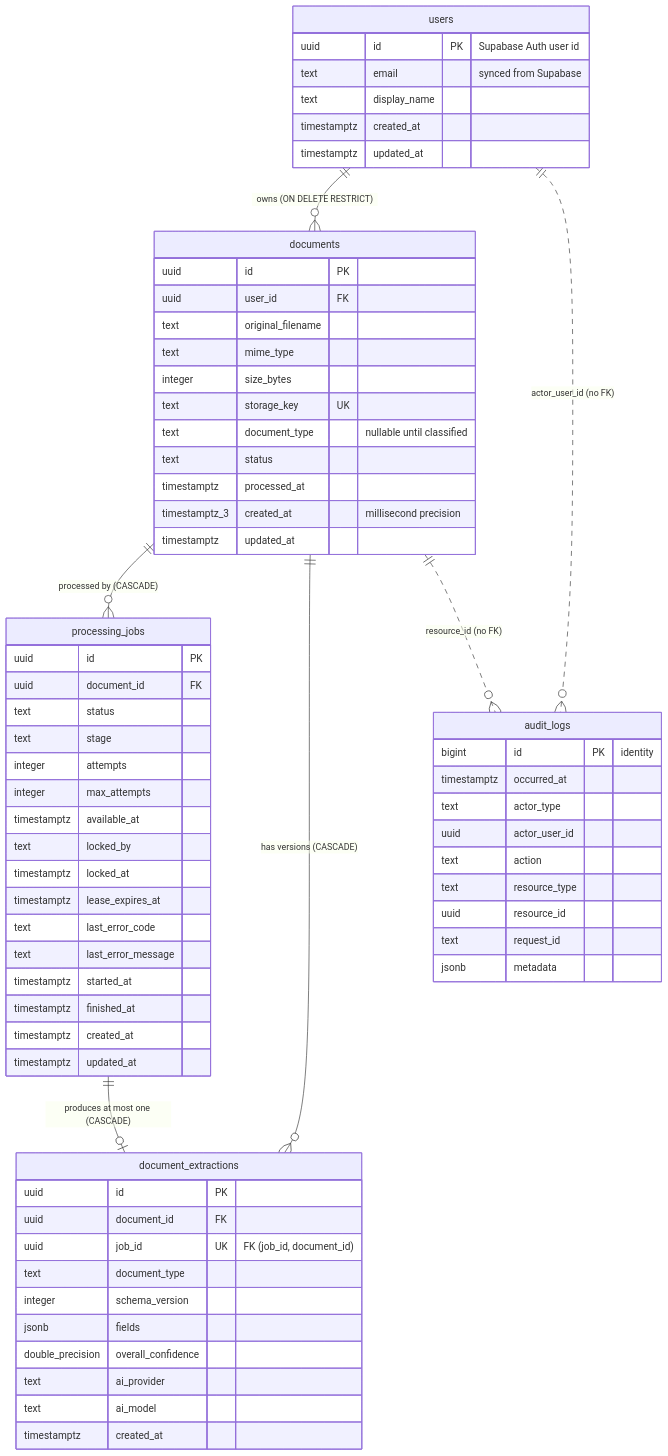
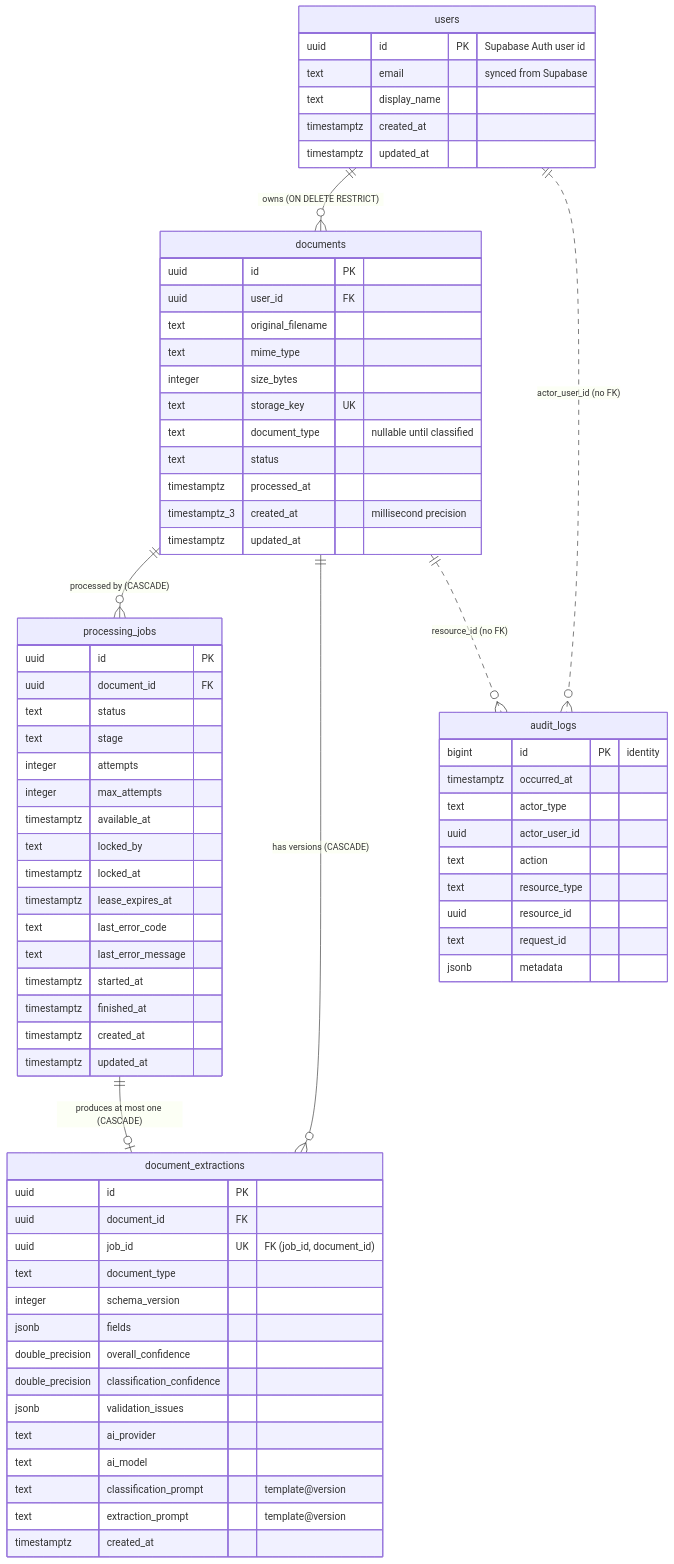
The diagram in docs/database/schema.md (ChetanRawat07/DocuMind), drawn with Mermaid before and after one commit. The commit also changed other lines of this file and 7 other files, not shown here.

Commit message:
docs: document AI extraction and add ADR-017 (evidence-based confidence)

````diff
--- a/docs/database/schema.md
+++ b/docs/database/schema.md
@@ -12,71 +12,75 @@
 ```mermaid
 erDiagram
     users ||--o{ documents : "owns (ON DELETE RESTRICT)"
     documents ||--o{ processing_jobs : "processed by (CASCADE)"
     documents ||--o{ document_extractions : "has versions (CASCADE)"
     processing_jobs ||--o| document_extractions : "produces at most one (CASCADE)"
     users ||..o{ audit_logs : "actor_user_id (no FK)"
     documents ||..o{ audit_logs : "resource_id (no FK)"
 
     users {
         uuid id PK "Supabase Auth user id"
         text email "synced from Supabase"
         text display_name
         timestamptz created_at
         timestamptz updated_at
     }
     documents {
         uuid id PK
         uuid user_id FK
         text original_filename
         text mime_type
         integer size_bytes
         text storage_key UK
         text document_type "nullable until classified"
         text status
         timestamptz processed_at
         timestamptz_3 created_at "millisecond precision"
         timestamptz updated_at
     }
     processing_jobs {
         uuid id PK
         uuid document_id FK
         text status
         text stage
         integer attempts
         integer max_attempts
         timestamptz available_at
         text locked_by
         timestamptz locked_at
         timestamptz lease_expires_at
         text last_error_code
         text last_error_message
         timestamptz started_at
         timestamptz finished_at
         timestamptz created_at
         timestamptz updated_at
     }
     document_extractions {
         uuid id PK
         uuid document_id FK
         uuid job_id UK "FK (job_id, document_id)"
         text document_type
         integer schema_version
         jsonb fields
         double_precision overall_confidence
+        double_precision classification_confidence
+        jsonb validation_issues
         text ai_provider
         text ai_model
+        text classification_prompt "template@version"
+        text extraction_prompt "template@version"
         timestamptz created_at
     }
     audit_logs {
         bigint id PK "identity"
         timestamptz occurred_at
         text actor_type
         uuid actor_user_id
         text action
         text resource_type
         uuid resource_id
         text request_id
         jsonb metadata
     }
 ```
````
